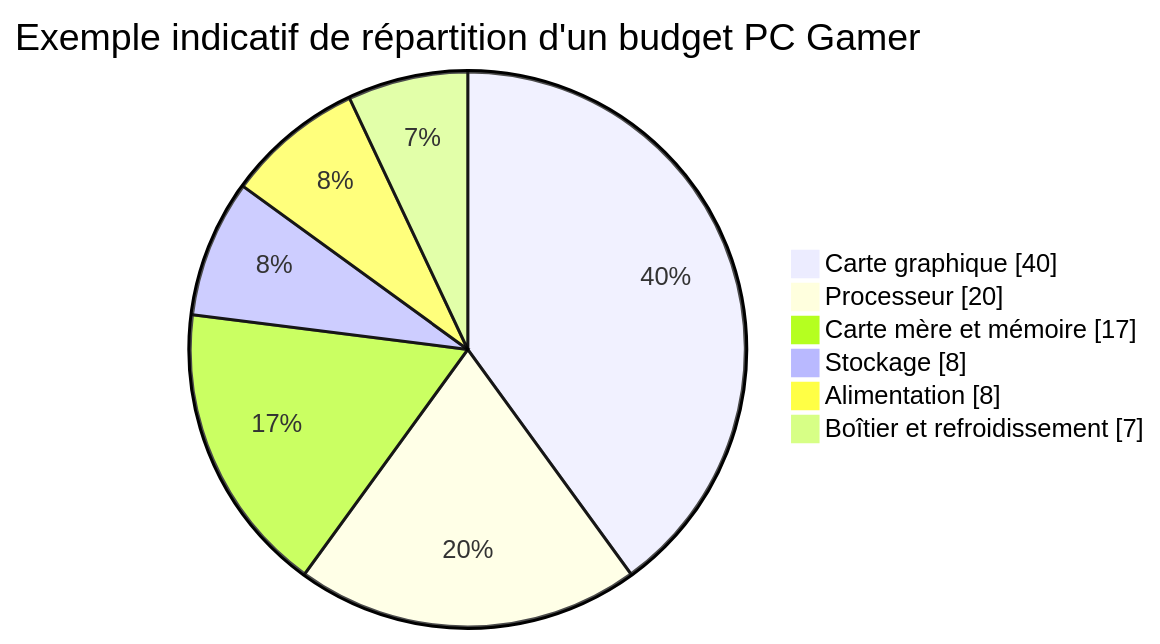
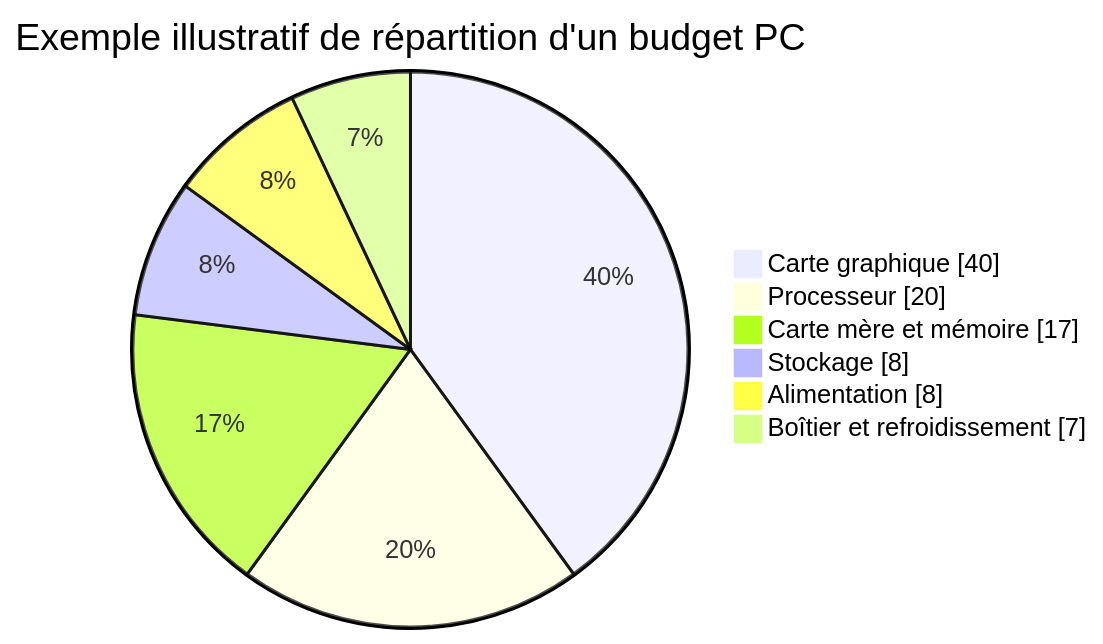
One commit to teremuhamblin/PCperso changed the second of 3 diagrams in README.md. Above: the diagram before and after it, drawn with Mermaid. The commit also changed other lines of this file and 12 other files, not shown here.

````diff
--- a/README.md
+++ b/README.md
@@ -112,10 +85,10 @@
 ```mermaid
 pie showData
-    title Exemple indicatif de répartition d'un budget PC Gamer
+    title Exemple illustratif de répartition d'un budget PC
     "Carte graphique" : 40
     "Processeur" : 20
     "Carte mère et mémoire" : 17
     "Stockage" : 8
     "Alimentation" : 8
     "Boîtier et refroidissement" : 7
 ```
````
